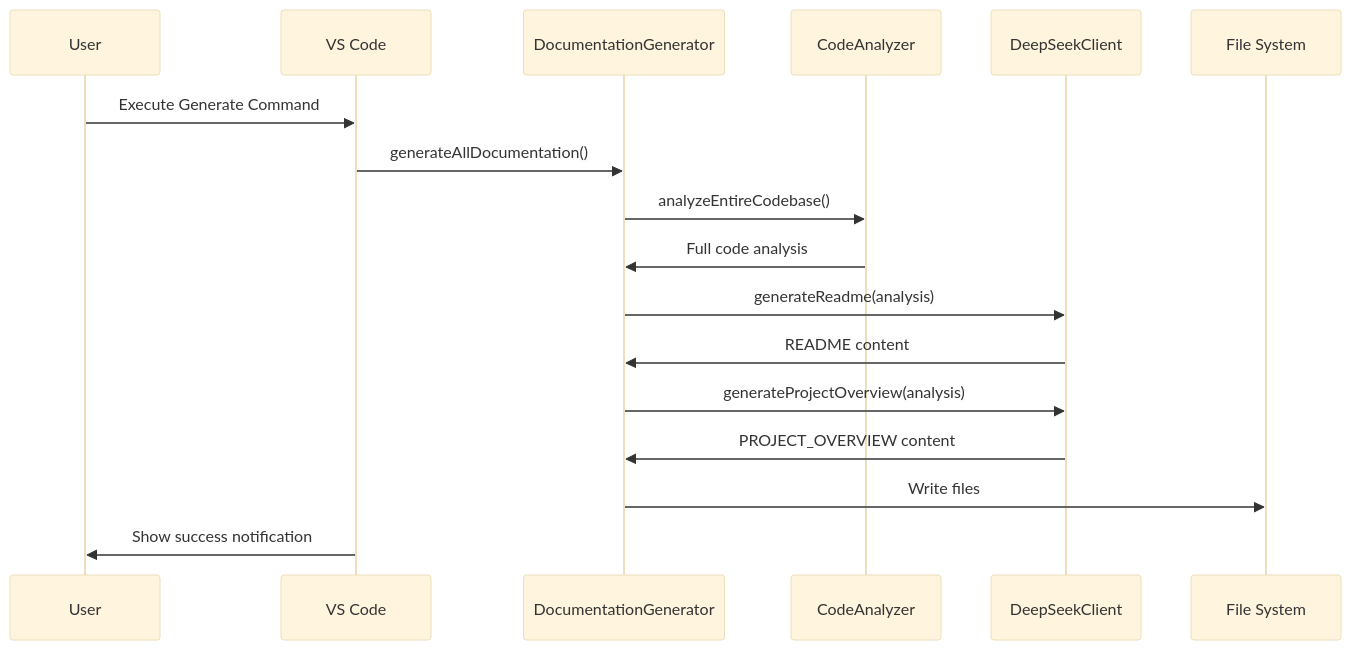
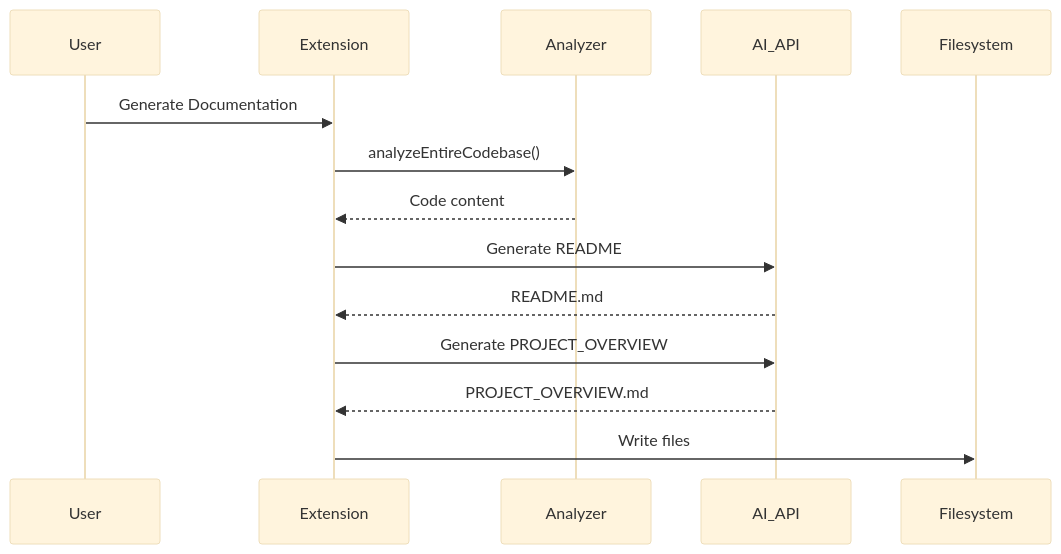
Before and after one commit to voznyye/AutoDoc: the second of 3 diagrams in PROJECT_OVERVIEW.md, drawn with Mermaid (base theme). The commit also changed other lines of this file and 1 other file, not shown here.

````diff
--- a/PROJECT_OVERVIEW.md
+++ b/PROJECT_OVERVIEW.md
@@ -210,19 +308,16 @@
 ```mermaid
 sequenceDiagram
     participant User
-    participant VS Code
-    participant DocumentationGenerator
-    participant CodeAnalyzer
-    participant DeepSeekClient
+    participant Extension
+    participant Analyzer
+    participant AI_API
     
-    User->>VS Code: Execute Generate Command
-    VS Code->>DocumentationGenerator: generateAllDocumentation()
-    DocumentationGenerator->>CodeAnalyzer: analyzeEntireCodebase()
-    CodeAnalyzer->>DocumentationGenerator: Full code analysis
-    DocumentationGenerator->>DeepSeekClient: generateReadme(analysis)
-    DeepSeekClient->>DocumentationGenerator: README content
-    DocumentationGenerator->>DeepSeekClient: generateProjectOverview(analysis)
-    DeepSeekClient->>DocumentationGenerator: PROJECT_OVERVIEW content
-    DocumentationGenerator->>File System: Write files
-    VS Code->>User: Show success notification
+    User->>Extension: Generate Documentation
+    Extension->>Analyzer: analyzeEntireCodebase()
+    Analyzer-->>Extension: Code content
+    Extension->>AI_API: Generate README
+    AI_API-->>Extension: README.md
+    Extension->>AI_API: Generate PROJECT_OVERVIEW
+    AI_API-->>Extension: PROJECT_OVERVIEW.md
+    Extension->>Filesystem: Write files
 ```
````
